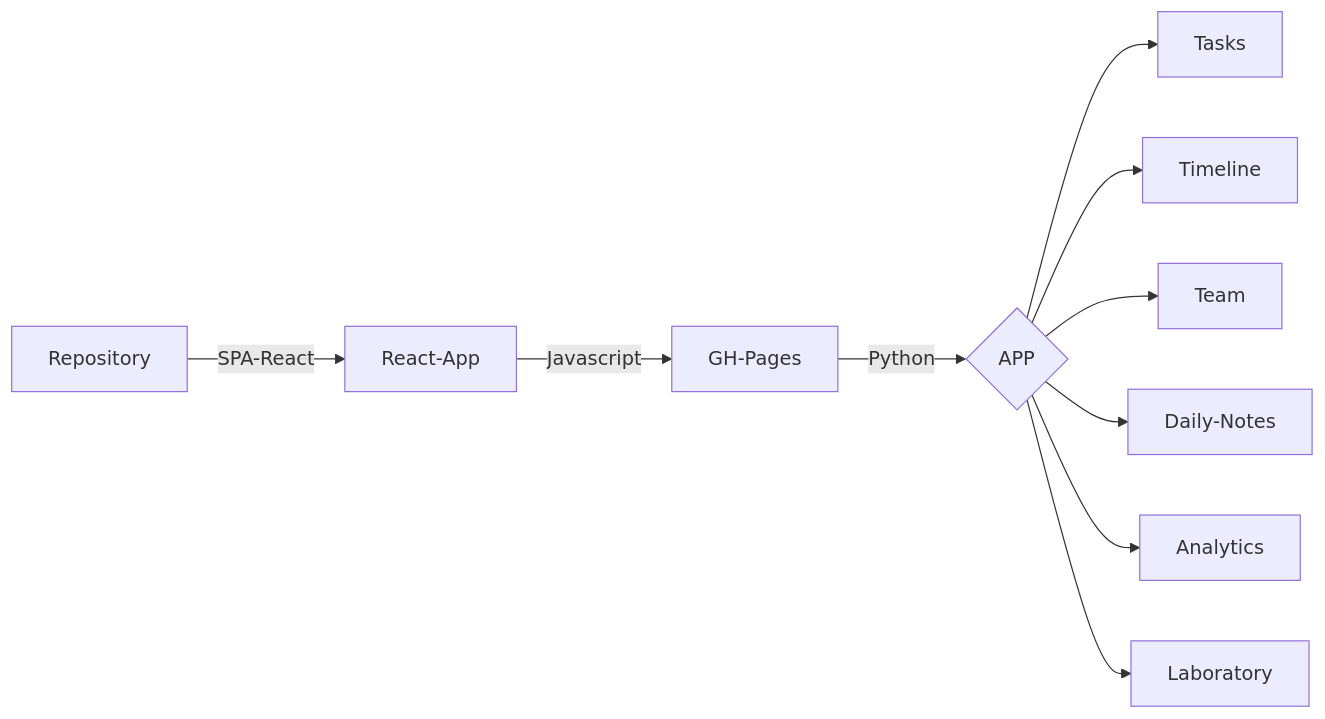
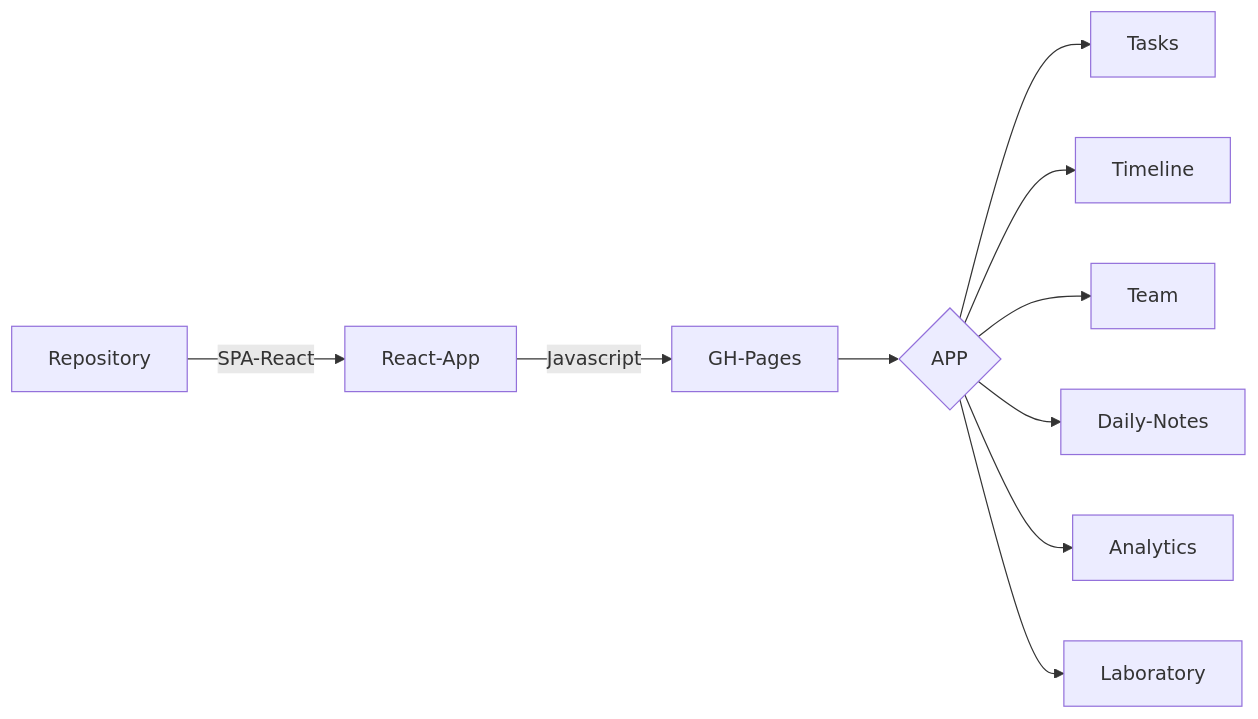
The diagram in README.md (SauloCandeira/SPA-React), drawn with Mermaid before and after one commit. The commit also changed other lines of this file, not shown here.

````diff
--- a/README.md
+++ b/README.md
@@ -25,14 +16,14 @@
 ```mermaid
 flowchart LR
-A[View] -->|Javascript| B[GH-Pages]
 X[Repository] -->|SPA-React| A[React-App]
-B --> |Python| C{APP}
+A[React-App] -->|Javascript| B[GH-Pages]
 
+B --> C{APP}
 C --> J[Tasks]
 C --> K[Timeline]
 C --> L[Team]
 C --> M[Daily-Notes]
 C --> N[Analytics]
 C --> O[Laboratory]
 
 ```
````
